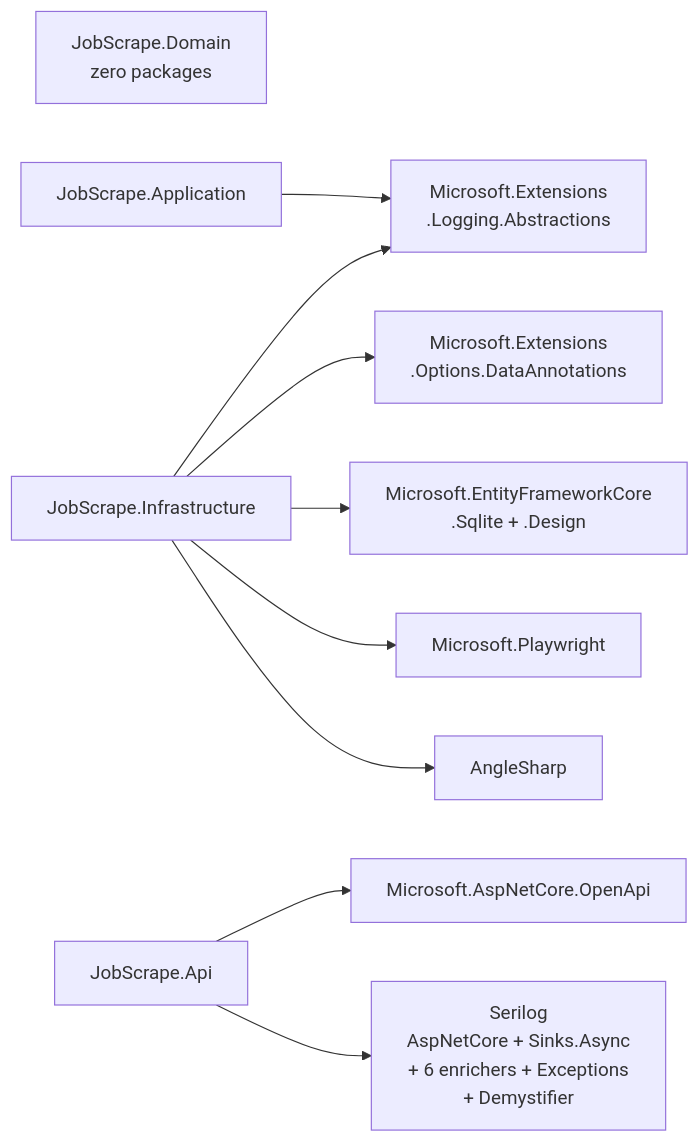
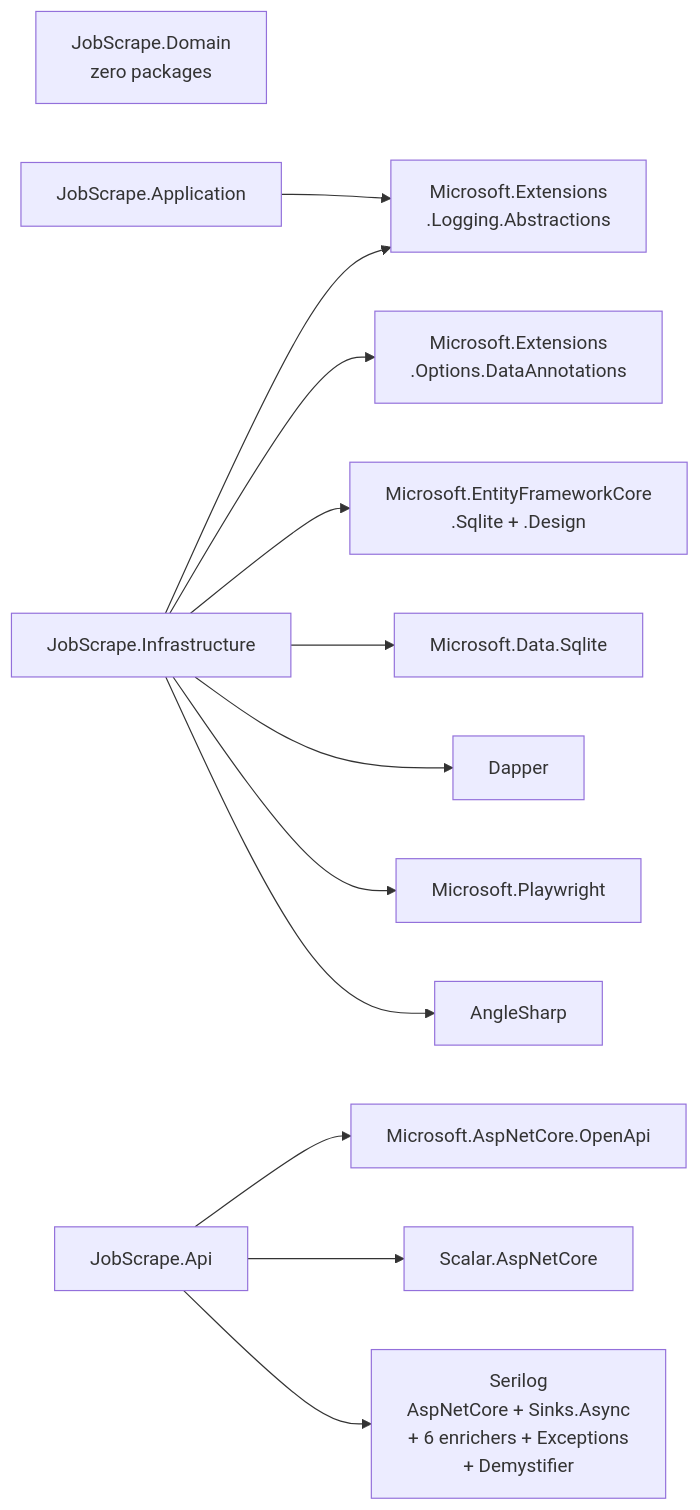
The first of 2 diagrams in docs/04-solution-and-tooling.md (AslamNazeerShaikh/PlaywrightDotNet), drawn with Mermaid before and after one commit. The commit also changed other lines of this file and 10 other files, not shown here.

First line of the commit message:
feat(backend): use dapper explorer and scalar dev reference

````diff
--- a/docs/04-solution-and-tooling.md
+++ b/docs/04-solution-and-tooling.md
@@ -170,24 +173,30 @@
 ```mermaid
 flowchart LR
     DOM["JobScrape.Domain<br/>zero packages"]
     APP["JobScrape.Application"]
     INF["JobScrape.Infrastructure"]
     API["JobScrape.Api"]
 
     LOG["Microsoft.Extensions<br/>.Logging.Abstractions"]
     OPT["Microsoft.Extensions<br/>.Options.DataAnnotations"]
     EF["Microsoft.EntityFrameworkCore<br/>.Sqlite + .Design"]
+    MDS["Microsoft.Data.Sqlite"]
+    DAP["Dapper"]
     PW["Microsoft.Playwright"]
     AS["AngleSharp"]
     OA["Microsoft.AspNetCore.OpenApi"]
+    SCA["Scalar.AspNetCore"]
     SER["Serilog<br/>AspNetCore + Sinks.Async<br/>+ 6 enrichers + Exceptions<br/>+ Demystifier"]
 
     APP --> LOG
     INF --> LOG
     INF --> OPT
     INF --> EF
+    INF --> MDS
+    INF --> DAP
     INF --> PW
     INF --> AS
     API --> OA
+    API --> SCA
     API --> SER
 ```
````
